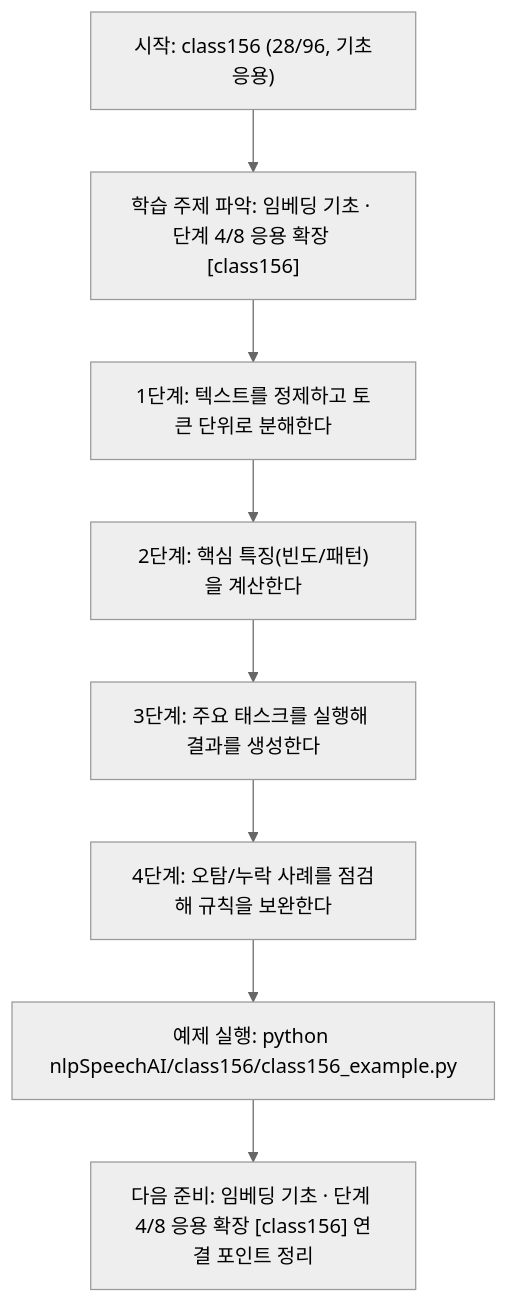
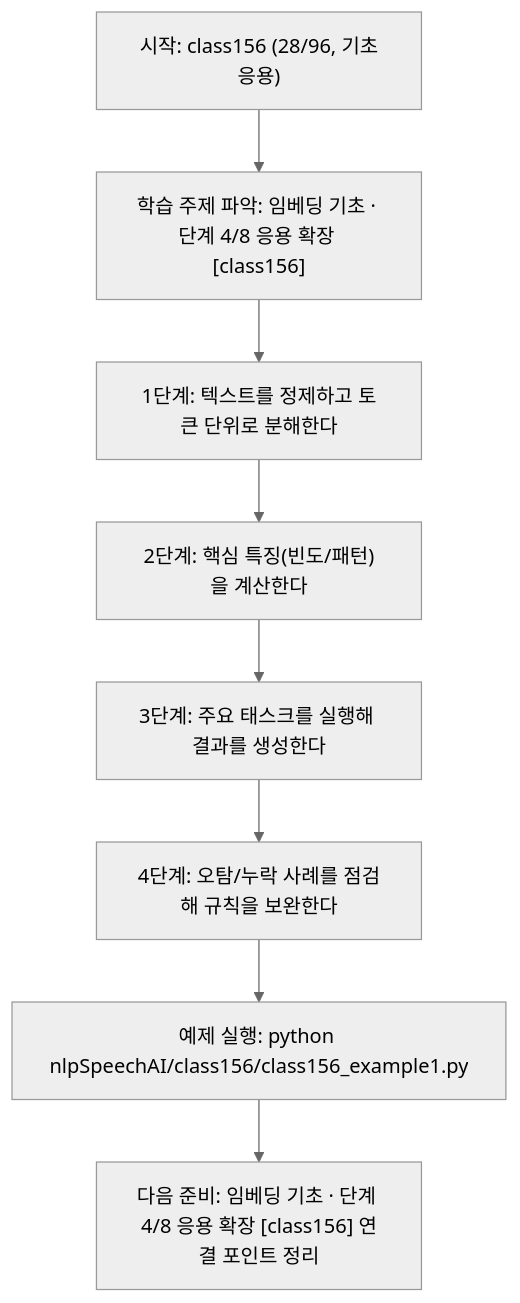
Before and after one commit to edumgt/Python-AI_Agent-Class: the diagram in nlpSpeechAI/class156/class156.md, drawn with Mermaid (neutral theme). The commit also changed other lines of this file and 2959 other files, not shown here.

````diff
--- a/nlpSpeechAI/class156/class156.md
+++ b/nlpSpeechAI/class156/class156.md
@@ -113,18 +113,18 @@
 ```mermaid
 flowchart TD
 N1["시작: class156 (28/96, 기초응용)"]
 N2["학습 주제 파악: 임베딩 기초 · 단계 4/8 응용 확장 [class156]"]
 N3["1단계: 텍스트를 정제하고 토큰 단위로 분해한다"]
 N4["2단계: 핵심 특징(빈도/패턴)을 계산한다"]
 N5["3단계: 주요 태스크를 실행해 결과를 생성한다"]
 N6["4단계: 오탐/누락 사례를 점검해 규칙을 보완한다"]
-N7["예제 실행: python nlpSpeechAI/class156/class156_example.py"]
+N7["예제 실행: python nlpSpeechAI/class156/class156_example1.py"]
 N8["다음 준비: 임베딩 기초 · 단계 4/8 응용 확장 [class156] 연결 포인트 정리"]
 N1 --> N2
 N2 --> N3
 N3 --> N4
 N4 --> N5
 N5 --> N6
 N6 --> N7
 N7 --> N8
 ```
````
